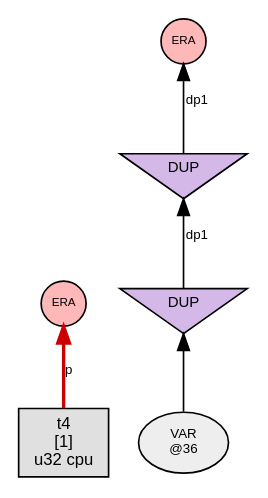
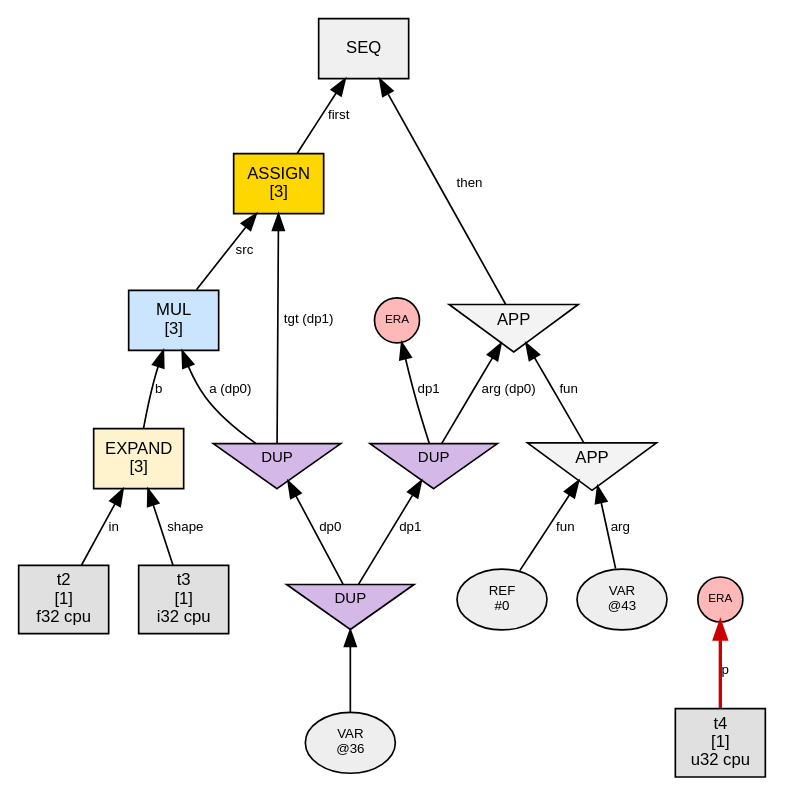
One commit to sw1sh/TinyHVM changed the diagram in phase1_graphs/loop_assign_simple/n2_steps/step_006_interact_APP.dot. Above: the diagram before and after it, drawn with Graphviz. The commit also changed 113 other files, not shown here.

First line of the commit message:
fix: step graph quality — init highlight, TAG_SEQ, checker rules

```diff
--- a/phase1_graphs/loop_assign_simple/n2_steps/step_006_interact_APP.dot
+++ b/phase1_graphs/loop_assign_simple/n2_steps/step_006_interact_APP.dot
@@ -1,18 +1,42 @@
 digraph G {
   // PREV_INTERACTION: interact_APP
   // NEXT_INTERACTION: interact_era_on_TEN
   rankdir=BT;
   node [fontname="Helvetica", fontsize=10, style=filled, shape=box, margin="0.1,0.05"];
   edge [fontsize=8, fontname="Helvetica"];
 
+  n45 [label="SEQ", shape=box, fillcolor="#f0f0f0"];
+  n47 -> n45 [label="first"];
+  n54 -> n45 [label="then"];
+  n47 [label="ASSIGN\n[3]", shape=box, fillcolor="#ffd700"];
+  dup49 [label="DUP", shape=invtriangle, fillcolor="#d4b8e8", fontsize=9, width=0.7, height=0.5];
+  dup42 -> dup49 [label="dp0"];
+  dup42 [label="DUP", shape=invtriangle, fillcolor="#d4b8e8", fontsize=9, width=0.7, height=0.5];
+  var42 [label="VAR\n@36", shape=oval, fillcolor="#eeeeee", fontsize=8];
+  var42 -> dup42;
+  dup49 -> n47 [label="tgt (dp1)"];
+  n50 -> n47 [label="src"];
+  n54 [label="APP", shape=invtriangle, fillcolor="#f3f3f3"];
+  n56 -> n54 [label="fun"];
+  dup41 [label="DUP", shape=invtriangle, fillcolor="#d4b8e8", fontsize=9, width=0.7, height=0.5];
+  dup42 -> dup41 [label="dp1"];
+  dup41 -> n54 [label="arg (dp0)"];
+  n50 [label="MUL\n[3]", shape=box, fillcolor="#cce5ff"];
+  dup49 -> n50 [label="a (dp0)"];
+  n52 -> n50 [label="b"];
+  n52 [label="EXPAND\n[3]", shape=box, fillcolor="#fff3cd"];
+  t2 [label="t2\n[1]\nf32 cpu",shape=box,fillcolor="#e0e0e0"];
+  t2 -> n52 [label="in"];
+  t3 [label="t3\n[1]\ni32 cpu",shape=box,fillcolor="#e0e0e0"];
+  t3 -> n52 [label="shape"];
+  n56 [label="APP", shape=invtriangle, fillcolor="#f3f3f3"];
+  ref56 [label="REF\n#0", shape=oval, fillcolor="#eeeeee", fontsize=8];
+  ref56 -> n56 [label="fun"];
+  var57 [label="VAR\n@43", shape=oval, fillcolor="#eeeeee", fontsize=8];
+  var57 -> n56 [label="arg"];
   era59 [label="ERA",shape=circle,width=0.38,height=0.38,fixedsize=true,fillcolor="#ffb8b8",fontsize=7];
   t4 [label="t4\n[1]\nu32 cpu",shape=box,fillcolor="#e0e0e0"];
   t4 -> era59 [label="p",color="#cc0000",penwidth=2.0];
   era61 [label="ERA",shape=circle,width=0.38,height=0.38,fixedsize=true,fillcolor="#ffb8b8",fontsize=7];
-  dup41 [label="DUP", shape=invtriangle, fillcolor="#d4b8e8", fontsize=9, width=0.7, height=0.5];
-  dup42 -> dup41 [label="dp1"];
-  dup42 [label="DUP", shape=invtriangle, fillcolor="#d4b8e8", fontsize=9, width=0.7, height=0.5];
-  var42 [label="VAR\n@36", shape=oval, fillcolor="#eeeeee", fontsize=8];
-  var42 -> dup42;
   dup41 -> era61 [label="dp1"];
 }
```
